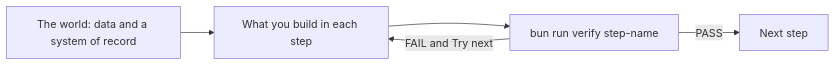
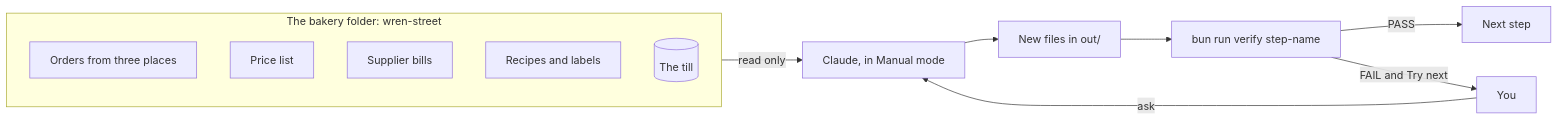
Before and after one commit to learnwithparam/claude-code-for-everyone: the diagram in README.md, drawn with Mermaid. The commit also changed other lines of this file and 32 other files, not shown here.

````diff
--- a/README.md
+++ b/README.md
@@ -15,7 +39,16 @@
 ```mermaid
 flowchart LR
-  W[The world: data and a system of record] --> S[What you build in each step]
-  S --> C[bun run verify step-name]
-  C -->|PASS| N[Next step]
-  C -->|FAIL and Try next| S
+  subgraph Bakery[The bakery folder: wren-street]
+    O[Orders from three places]
+    P[Price list]
+    I[Supplier bills]
+    R[Recipes and labels]
+    T[(The till)]
+  end
+  You[You] -->|ask| C[Claude, in Manual mode]
+  Bakery -->|read only| C
+  C --> Out[New files in out/]
+  Out --> V[bun run verify step-name]
+  V -->|PASS| Next[Next step]
+  V -->|FAIL and Try next| You
 ```
````
